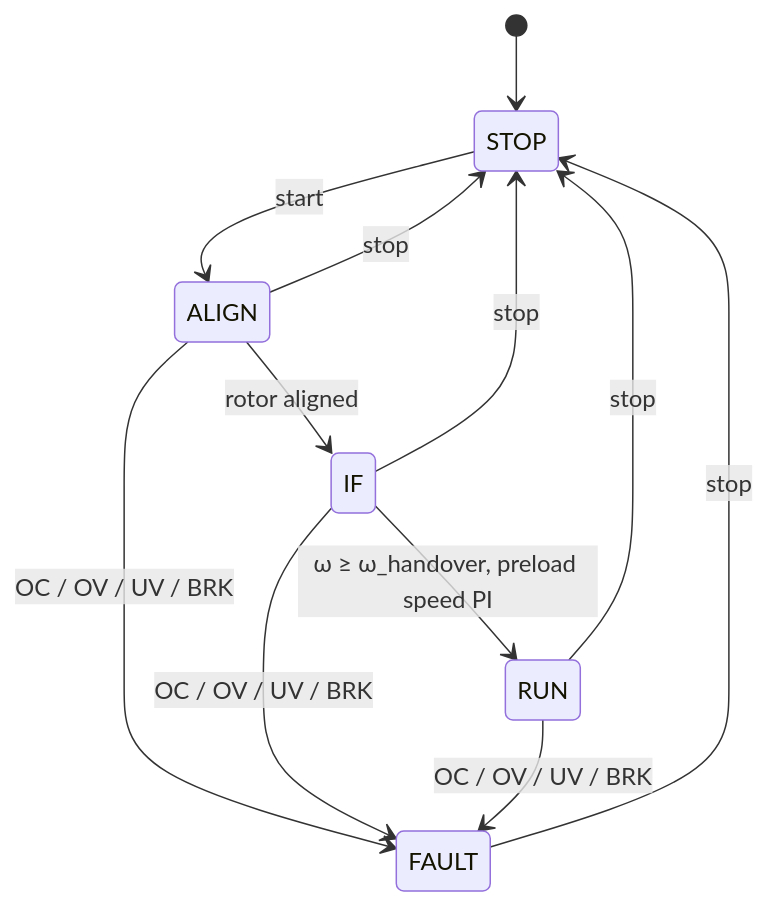
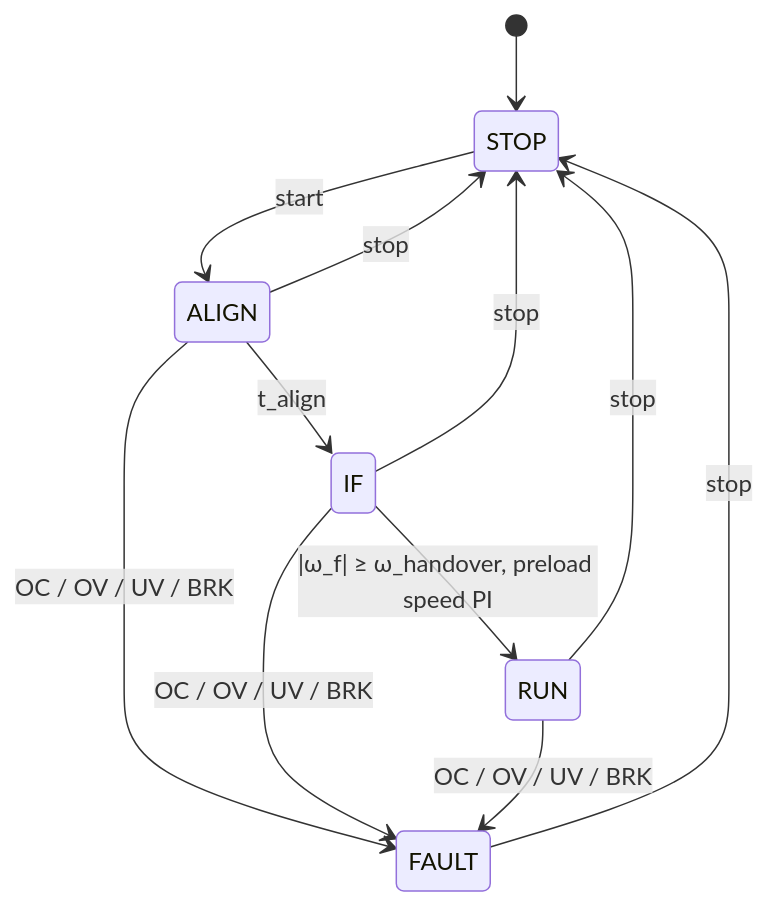
The first of 2 diagrams in README.md (tsrapnik/spin), drawn with Mermaid before and after one commit. The commit also changed other lines of this file and 7 other files, not shown here.

````diff
--- a/README.md
+++ b/README.md
@@ -28,15 +29,15 @@
 ```mermaid
 stateDiagram-v2
   direction TB
   [*] --> STOP
   STOP --> ALIGN: start
-  ALIGN --> IF: rotor aligned
-  IF --> RUN: ω ≥ ω_handover, preload speed PI
+  ALIGN --> IF: t_align
+  IF --> RUN: |ω_f| ≥ ω_handover, preload speed PI
   ALIGN --> STOP: stop
   IF --> STOP: stop
   RUN --> STOP: stop
   ALIGN --> FAULT: OC / OV / UV / BRK
   IF --> FAULT: OC / OV / UV / BRK
   RUN --> FAULT: OC / OV / UV / BRK
   FAULT --> STOP: stop
 ```
````
